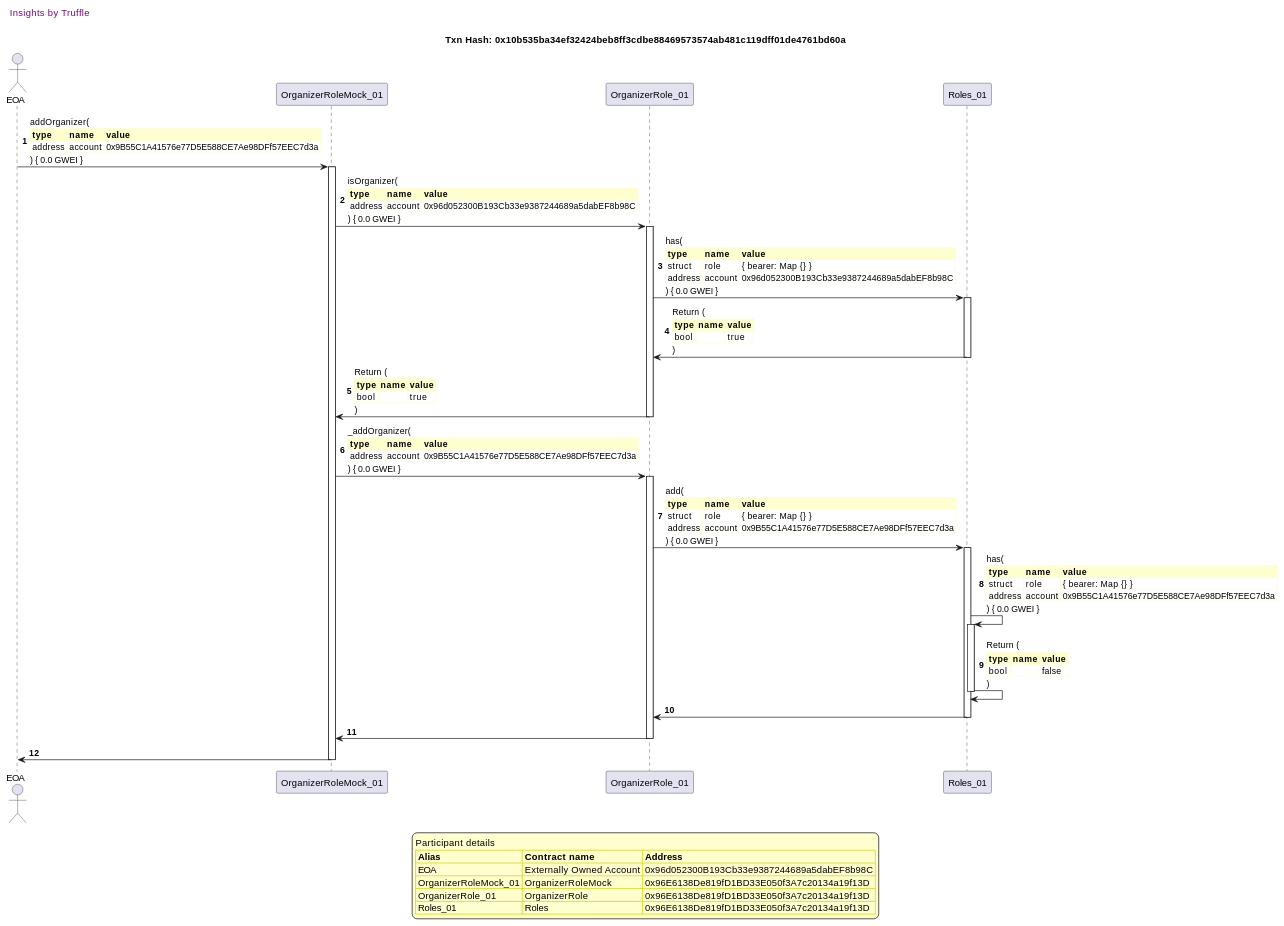
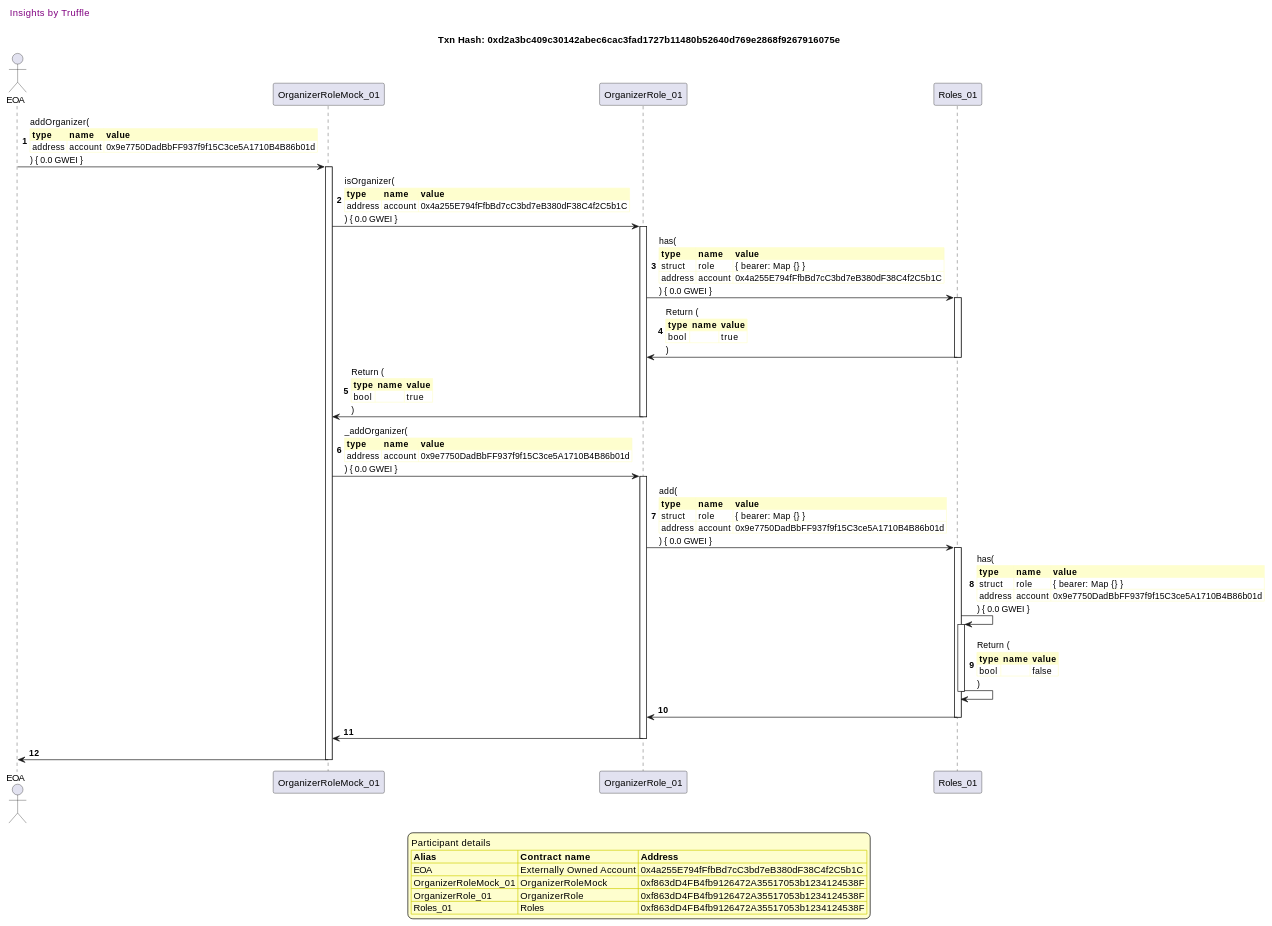
The eighth of 41 diagrams in truffle-seq/roles_organizerrole.md (fodisi/hackapay), drawn with PlantUML before and after one commit. The commit also changed other lines of this file and 10 other files, not shown here.

````diff
--- a/truffle-seq/roles_organizerrole.md
+++ b/truffle-seq/roles_organizerrole.md
@@ -557,81 +557,81 @@
 ```plantuml
 
 
 @startuml
 
 autonumber
 skinparam legendBackgroundColor #FEFECE
 
 <style>
       header {
         HorizontalAlignment left
         FontColor purple
         FontSize 14
         Padding 10
       }
     </style>
 
 header Insights by Truffle
 
-title Txn Hash: 0x10b535ba34ef32424beb8ff3cdbe88469573574ab481c119dff01de4761bd60a
+title Txn Hash: 0xd2a3bc409c30142abec6cac3fad1727b11480b52640d769e2868f9267916075e
 
 
 actor EOA as "EOA"
 participant OrganizerRoleMock_01 as "OrganizerRoleMock_01"
 participant OrganizerRole_01 as "OrganizerRole_01"
 participant Roles_01 as "Roles_01"
 
 "EOA" -> "OrganizerRoleMock_01" ++: addOrganizer(\n\
 <#FEFECE,#FEFECE>|= type |= name |= value |\n\
-| address | account | 0x9B55C1A41576e77D5E588CE7Ae98DFf57EEC7d3a |\n\
+| address | account | 0x9e7750DadBbFF937f9f15C3ce5A1710B4B86b01d |\n\
 ) { 0.0 GWEI }
 "OrganizerRoleMock_01" -> "OrganizerRole_01" ++: isOrganizer(\n\
 <#FEFECE,#FEFECE>|= type |= name |= value |\n\
-| address | account | 0x96d052300B193Cb33e9387244689a5dabEF8b98C |\n\
+| address | account | 0x4a255E794fFfbBd7cC3bd7eB380dF38C4f2C5b1C |\n\
 ) { 0.0 GWEI }
 "OrganizerRole_01" -> "Roles_01" ++: has(\n\
 <#FEFECE,#FEFECE>|= type |= name |= value |\n\
 | struct | role | { bearer: Map {} } |\n\
-| address | account | 0x96d052300B193Cb33e9387244689a5dabEF8b98C |\n\
+| address | account | 0x4a255E794fFfbBd7cC3bd7eB380dF38C4f2C5b1C |\n\
 ) { 0.0 GWEI }
 "Roles_01" -> "OrganizerRole_01" --: Return (\n\
 <#FEFECE,#FEFECE>|= type |= name |= value |\n\
 | bool |  | true |\n\
 )
 "OrganizerRole_01" -> "OrganizerRoleMock_01" --: Return (\n\
 <#FEFECE,#FEFECE>|= type |= name |= value |\n\
 | bool |  | true |\n\
 )
 "OrganizerRoleMock_01" -> "OrganizerRole_01" ++: _addOrganizer(\n\
 <#FEFECE,#FEFECE>|= type |= name |= value |\n\
-| address | account | 0x9B55C1A41576e77D5E588CE7Ae98DFf57EEC7d3a |\n\
+| address | account | 0x9e7750DadBbFF937f9f15C3ce5A1710B4B86b01d |\n\
 ) { 0.0 GWEI }
 "OrganizerRole_01" -> "Roles_01" ++: add(\n\
 <#FEFECE,#FEFECE>|= type |= name |= value |\n\
 | struct | role | { bearer: Map {} } |\n\
-| address | account | 0x9B55C1A41576e77D5E588CE7Ae98DFf57EEC7d3a |\n\
+| address | account | 0x9e7750DadBbFF937f9f15C3ce5A1710B4B86b01d |\n\
 ) { 0.0 GWEI }
 "Roles_01" -> "Roles_01" ++: has(\n\
 <#FEFECE,#FEFECE>|= type |= name |= value |\n\
 | struct | role | { bearer: Map {} } |\n\
-| address | account | 0x9B55C1A41576e77D5E588CE7Ae98DFf57EEC7d3a |\n\
+| address | account | 0x9e7750DadBbFF937f9f15C3ce5A1710B4B86b01d |\n\
 ) { 0.0 GWEI }
 "Roles_01" -> "Roles_01" --: Return (\n\
 <#FEFECE,#FEFECE>|= type |= name |= value |\n\
 | bool |  | false |\n\
 )
 "Roles_01" -> "OrganizerRole_01" --: 
 "OrganizerRole_01" -> "OrganizerRoleMock_01" --: 
 "OrganizerRoleMock_01" -> "EOA" --: 
 
 legend
 Participant details
 <#FEFECE,#D0D000>|= Alias |= Contract name |= Address |
-<#FEFECE>| EOA | Externally Owned Account | 0x96d052300B193Cb33e9387244689a5dabEF8b98C |
-<#FEFECE>| OrganizerRoleMock_01 | OrganizerRoleMock | 0x96E6138De819fD1BD33E050f3A7c20134a19f13D |
-<#FEFECE>| OrganizerRole_01 | OrganizerRole | 0x96E6138De819fD1BD33E050f3A7c20134a19f13D |
-<#FEFECE>| Roles_01 | Roles | 0x96E6138De819fD1BD33E050f3A7c20134a19f13D |
+<#FEFECE>| EOA | Externally Owned Account | 0x4a255E794fFfbBd7cC3bd7eB380dF38C4f2C5b1C |
+<#FEFECE>| OrganizerRoleMock_01 | OrganizerRoleMock | 0xf863dD4FB4fb9126472A35517053b1234124538F |
+<#FEFECE>| OrganizerRole_01 | OrganizerRole | 0xf863dD4FB4fb9126472A35517053b1234124538F |
+<#FEFECE>| Roles_01 | Roles | 0xf863dD4FB4fb9126472A35517053b1234124538F |
 endlegend
 
 @enduml
 ```
````
